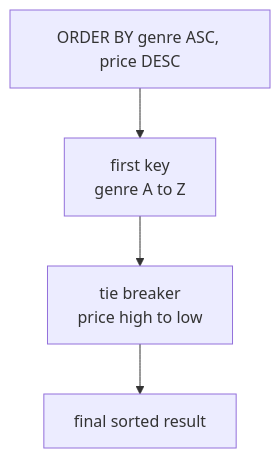
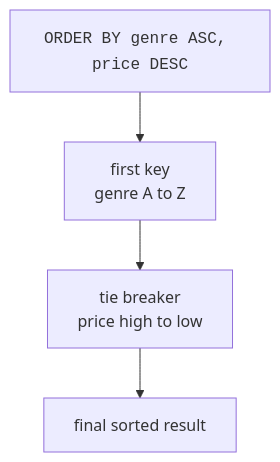
The second of 4 diagrams in content/learn/sqlite-for-beginners/sorting-and-limiting.mdx (dataslope/dataslope), drawn with Mermaid before and after one commit. The commit also changed other lines of this file and 56 other files, not shown here.

````diff
--- a/content/learn/sqlite-for-beginners/sorting-and-limiting.mdx
+++ b/content/learn/sqlite-for-beginners/sorting-and-limiting.mdx
@@ -141,6 +141,6 @@
 ```mermaid
 flowchart TB
-    A["ORDER BY genre ASC, price DESC"] --> B["first key<br/>genre A to Z"]
+    A["<code>ORDER BY genre ASC, price DESC</code>"] --> B["first key<br/>genre A to Z"]
     B --> C["tie breaker<br/>price high to low"]
     C --> D["final sorted result"]
 ```
````
